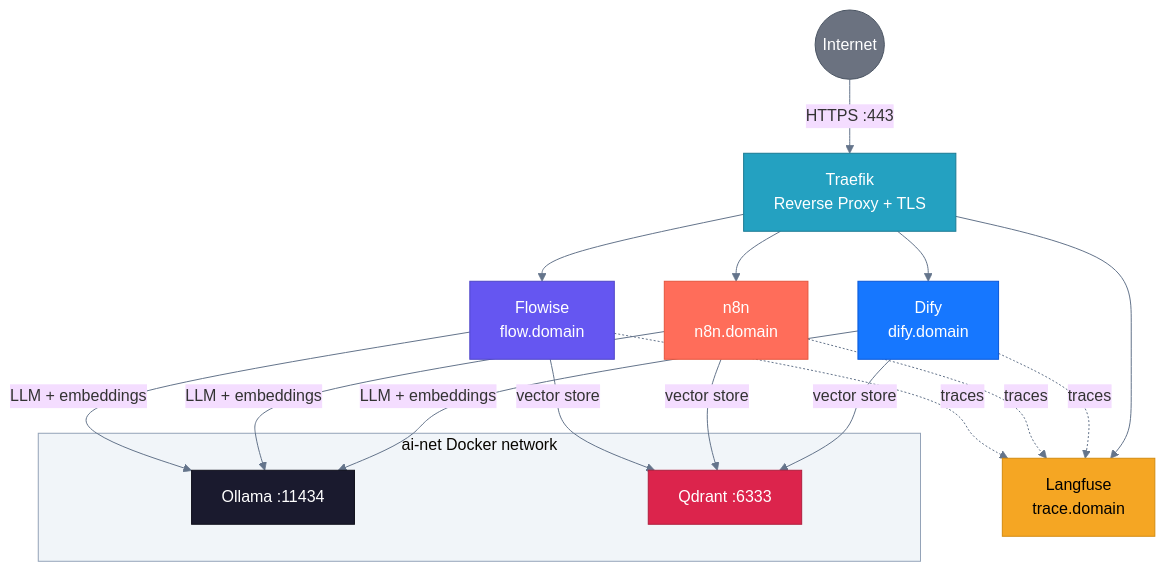
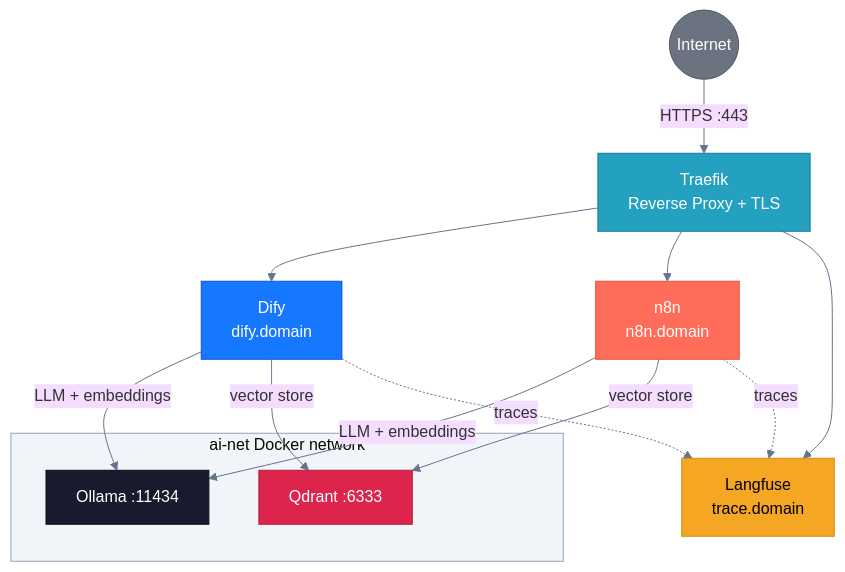
The diagram in docs/integration-guide.md (DenAV/ai-lab-server-setup), drawn with Mermaid before and after one commit. The commit also changed other lines of this file and 19 other files, not shown here.

Commit message:
refactor(flowise): retire archived service from lab

````diff
--- a/docs/integration-guide.md
+++ b/docs/integration-guide.md
@@ -9,41 +9,36 @@
 ```mermaid
 %%{init: {'theme': 'base', 'themeVariables': {
   'lineColor': '#64748b',
   'textColor': '#1e293b',
   'clusterBkg': '#f1f5f9',
   'clusterBorder': '#94a3b8'
 }}}%%
 graph TD
     Internet((Internet)) -->|HTTPS :443| Traefik["Traefik\nReverse Proxy + TLS"]
 
     Traefik --> Dify["Dify\ndify.domain"]
     Traefik --> n8n["n8n\nn8n.domain"]
-    Traefik --> Flowise["Flowise\nflow.domain"]
     Traefik --> Langfuse["Langfuse\ntrace.domain"]
 
     subgraph ai-net["ai-net Docker network"]
         Ollama["Ollama :11434"]
         Qdrant["Qdrant :6333"]
     end
 
     Dify -->|LLM + embeddings| Ollama
     Dify -->|vector store| Qdrant
     Dify -.->|traces| Langfuse
 
     n8n -->|LLM + embeddings| Ollama
     n8n -->|vector store| Qdrant
     n8n -.->|traces| Langfuse
 
-    Flowise -->|LLM + embeddings| Ollama
-    Flowise -->|vector store| Qdrant
-    Flowise -.->|traces| Langfuse
 
     style Internet fill:#6b7280,stroke:#4b5563,color:#fff
     style Traefik fill:#24a1c1,stroke:#1b7a93,color:#fff
     style Dify fill:#1677ff,stroke:#0958d9,color:#fff
     style n8n fill:#ff6d5a,stroke:#e5553d,color:#fff
-    style Flowise fill:#6556f1,stroke:#4f46c7,color:#fff
     style Langfuse fill:#f5a623,stroke:#d48b0f,color:#000
     style Ollama fill:#1a1a2e,stroke:#0f0f1a,color:#fff
     style Qdrant fill:#dc244c,stroke:#b01d3d,color:#fff
 ```
````
